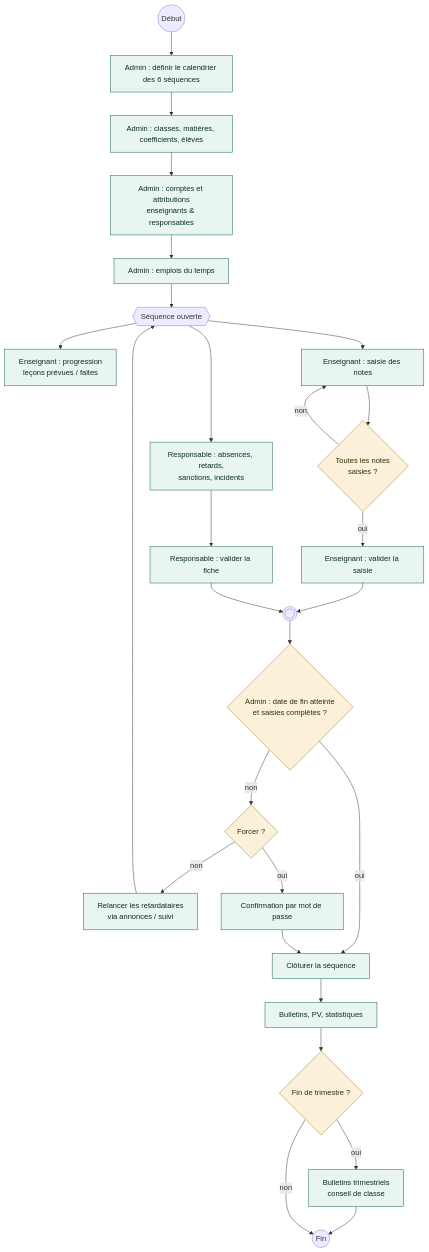
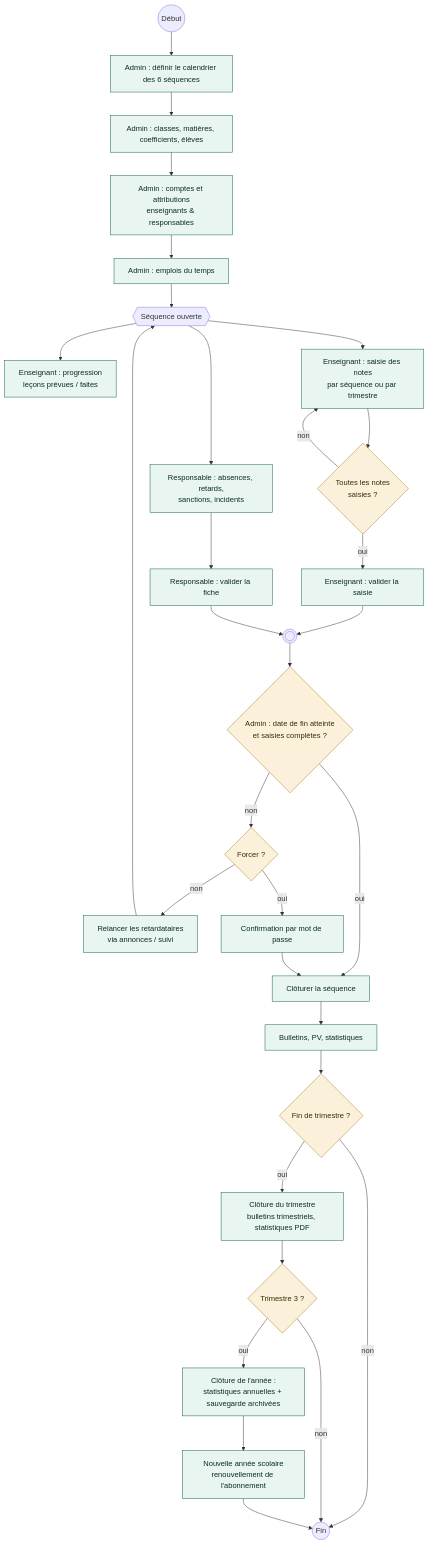
The diagram in docs/uml/08_activite_sequence.mmd (ANDJE30/MY_WORLD), drawn with Mermaid before and after one commit. The commit also changed 132 other files, not shown here.

```diff
--- a/docs/uml/08_activite_sequence.mmd
+++ b/docs/uml/08_activite_sequence.mmd
@@ -1,29 +1,31 @@
 flowchart TD
   S((Début)) --> A1[Admin : définir le calendrier des 6 séquences]
   A1 --> A2[Admin : classes, matières, coefficients, élèves]
   A2 --> A3[Admin : comptes et attributions<br/>enseignants & responsables]
   A3 --> A4[Admin : emplois du temps]
   A4 --> P{{Séquence ouverte}}
   P --> E1[Enseignant : progression<br/>leçons prévues / faites]
-  P --> E2[Enseignant : saisie des notes]
+  P --> E2[Enseignant : saisie des notes<br/>par séquence ou par trimestre]
   P --> D1[Responsable : absences, retards,<br/>sanctions, incidents]
   E2 --> E3{Toutes les notes<br/>saisies ?}
   E3 -- non --> E2
   E3 -- oui --> E4[Enseignant : valider la saisie]
   D1 --> D2[Responsable : valider la fiche]
   E4 --> J((( )))
   D2 --> J
   J --> C1{Admin : date de fin atteinte<br/>et saisies complètes ?}
   C1 -- non --> C2{Forcer ?}
   C2 -- non --> R[Relancer les retardataires<br/>via annonces / suivi] --> P
   C2 -- oui --> C3[Confirmation par mot de passe]
   C1 -- oui --> C4[Clôturer la séquence]
   C3 --> C4
   C4 --> B[Bulletins, PV, statistiques]
   B --> T{Fin de trimestre ?}
-  T -- oui --> BT[Bulletins trimestriels<br/>conseil de classe] --> F((Fin))
-  T -- non --> F
+  T -- oui --> BT[Clôture du trimestre<br/>bulletins trimestriels, statistiques PDF] --> Y{Trimestre 3 ?}
+  T -- non --> F((Fin))
+  Y -- non --> F
+  Y -- oui --> AN[Clôture de l'année :<br/>statistiques annuelles + sauvegarde archivées] --> NA[Nouvelle année scolaire<br/>renouvellement de l'abonnement] --> F
   classDef act fill:#e8f5f0,stroke:#0b5d4b,color:#0b2e25
   classDef dec fill:#fbf1db,stroke:#a97a1d,color:#3b2a06
-  class A1,A2,A3,A4,E1,E2,E4,D1,D2,R,C3,C4,B,BT act
-  class E3,C1,C2,T dec
+  class A1,A2,A3,A4,E1,E2,E4,D1,D2,R,C3,C4,B,BT,AN,NA act
+  class E3,C1,C2,T,Y dec
```
